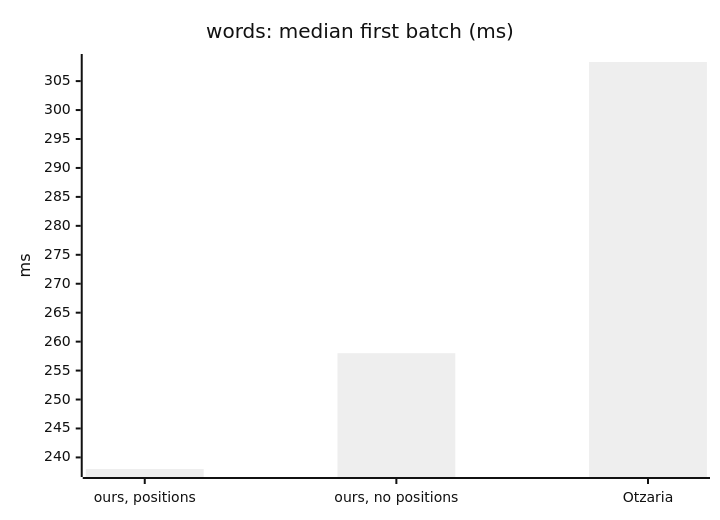
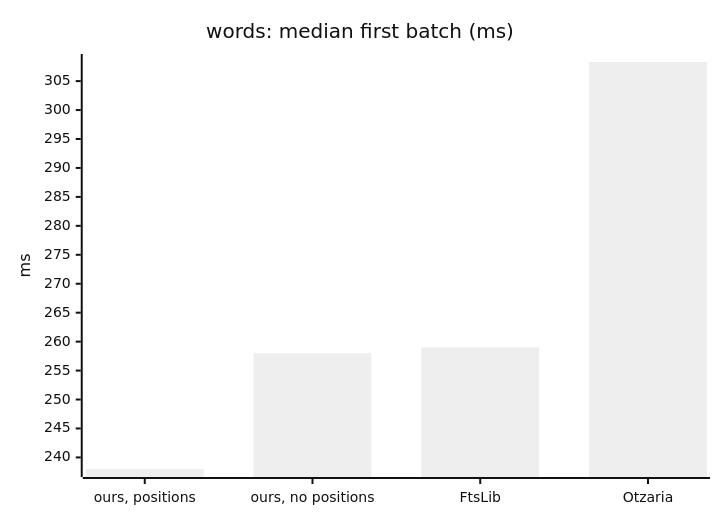
The seventh of 11 diagrams in FTS-SPECS-AND-COMPARISONS.md (KleiKodesh/SeforimLibrarySearchEngine), drawn with Mermaid (neutral theme) before and after one commit. The commit also changed other lines of this file, not shown here.

Commit message:
FTS-SPECS-AND-COMPARISONS.md: FtsLib speed runs added

````diff
--- a/FTS-SPECS-AND-COMPARISONS.md
+++ b/FTS-SPECS-AND-COMPARISONS.md
@@ -318,7 +380,7 @@
 ```mermaid
 xychart-beta
     title "words: median first batch (ms)"
-    x-axis ["ours, positions", "ours, no positions", "Otzaria"]
+    x-axis ["ours, positions", "ours, no positions", "FtsLib", "Otzaria"]
     y-axis "ms"
-    bar [238.00, 258.00, 308.30]
+    bar [238.00, 258.00, 259.00, 308.30]
 ```
````
